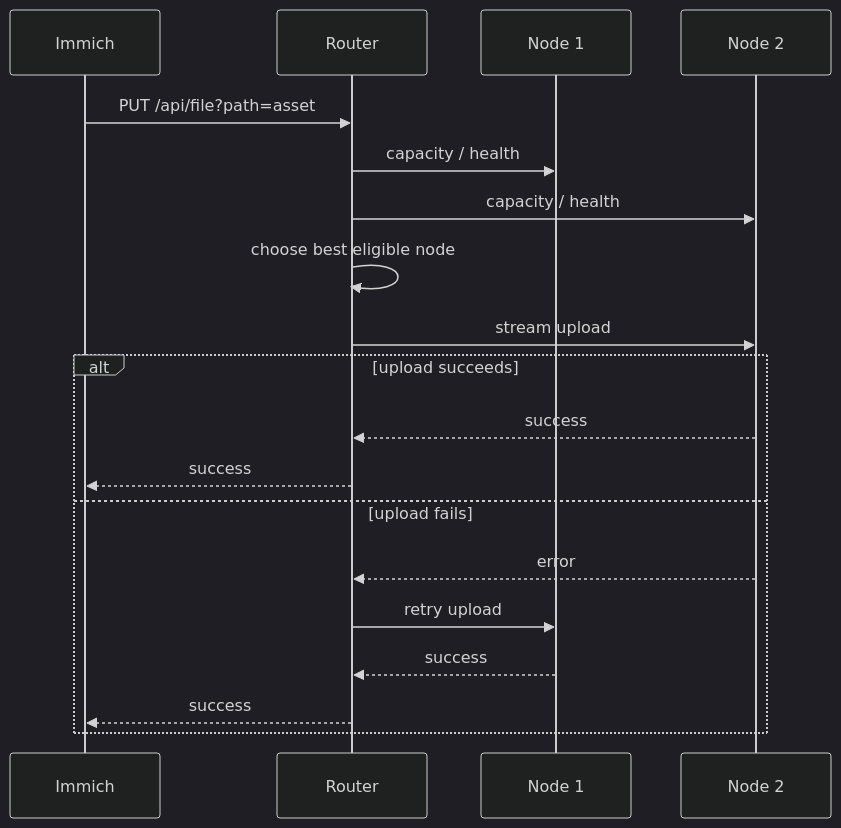
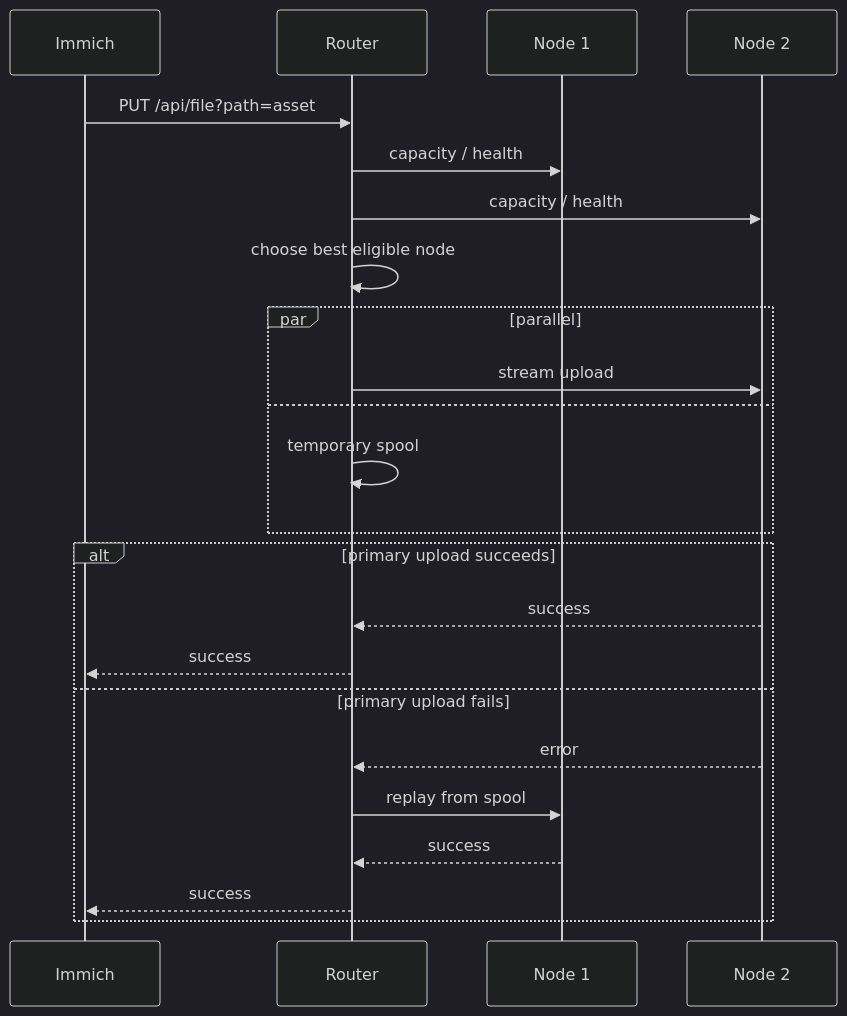
Before and after one commit to bowardzhang/immich: the second of 6 diagrams in storage-router/README.en.md, drawn with Mermaid (dark theme). The commit also changed other lines of this file, not shown here.

````diff
--- a/storage-router/README.en.md
+++ b/storage-router/README.en.md
@@ -45,22 +45,26 @@
 ```mermaid
 sequenceDiagram
     participant I as Immich
     participant R as Router
     participant N1 as Node 1
     participant N2 as Node 2
 
     I->>R: PUT /api/file?path=asset
     R->>N1: capacity / health
     R->>N2: capacity / health
     R->>R: choose best eligible node
-    R->>N2: stream upload
-    alt upload succeeds
+    par parallel
+      R->>N2: stream upload
+    and
+      R->>R: temporary spool
+    end
+    alt primary upload succeeds
       N2-->>R: success
       R-->>I: success
-    else upload fails
+    else primary upload fails
       N2-->>R: error
-      R->>N1: retry upload
+      R->>N1: replay from spool
       N1-->>R: success
       R-->>I: success
     end
 ```
````
